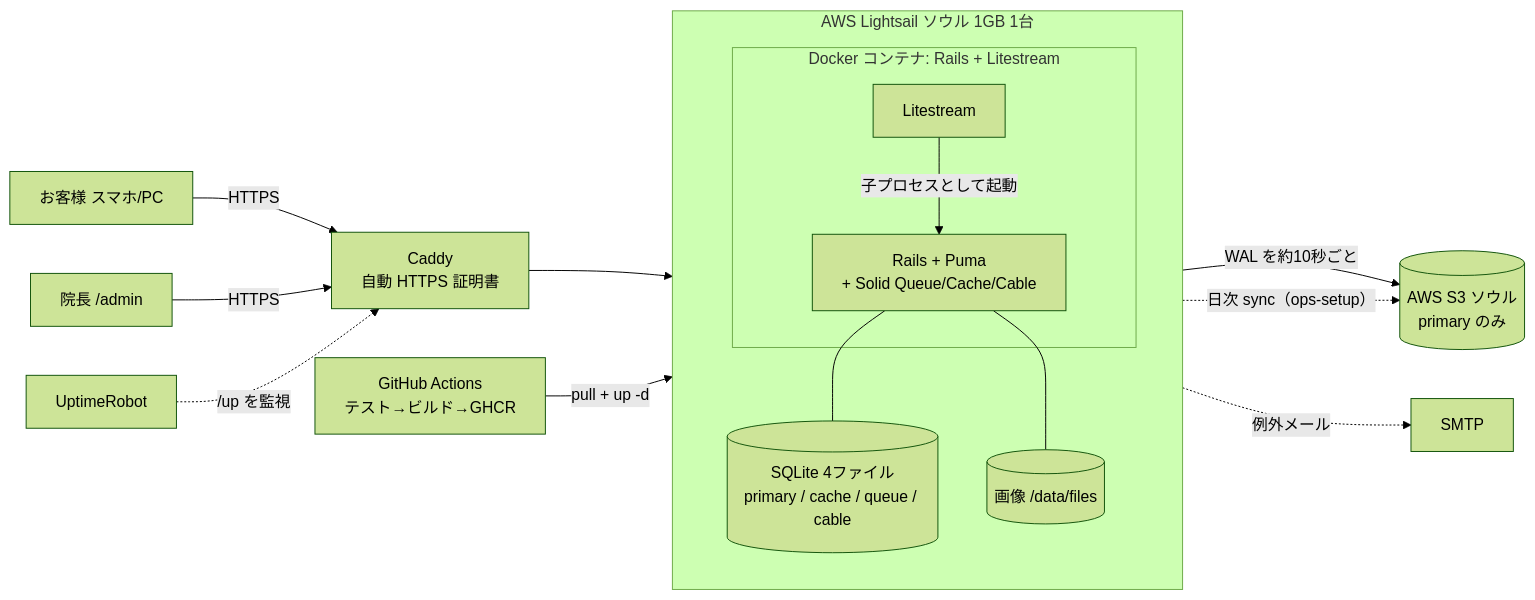
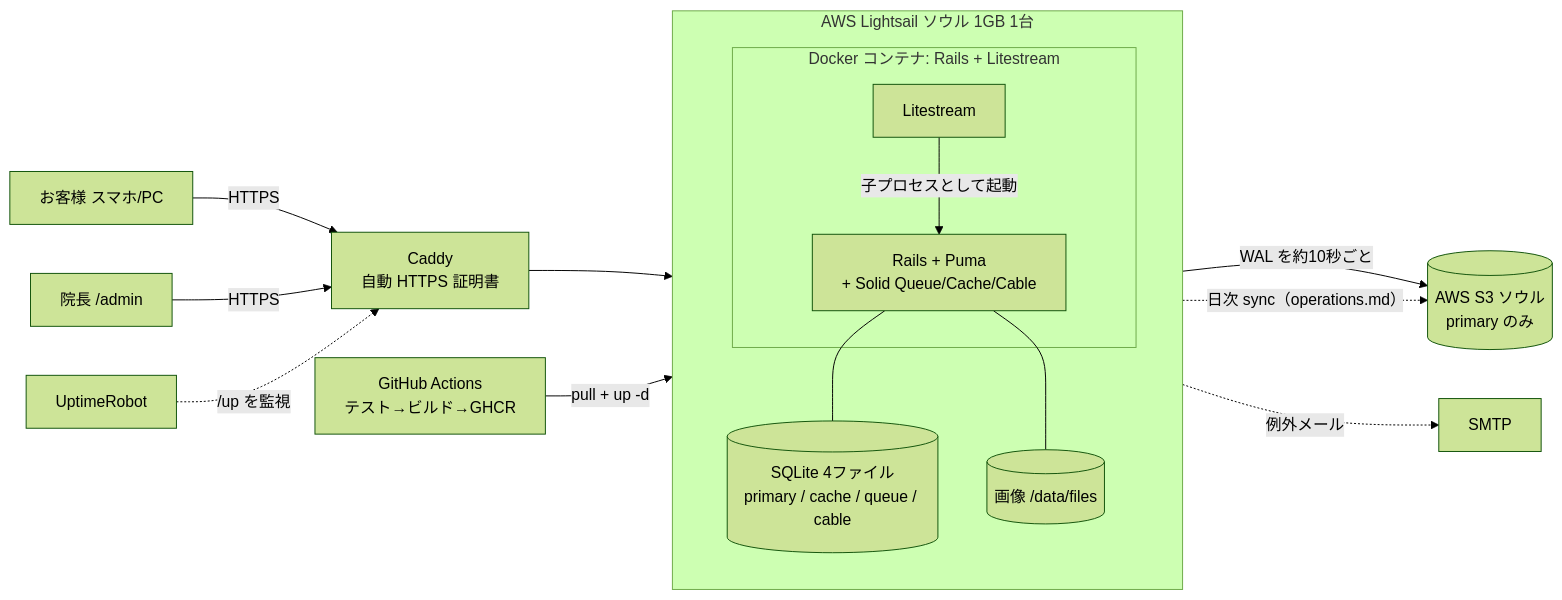
One commit to YIDONGYONG/eunpa-beauty-salon changed the first of 5 diagrams in README.ja.md. Above: the diagram before and after it, drawn with Mermaid (forest theme). The commit also changed other lines of this file and 23 other files, not shown here.

````diff
--- a/README.ja.md
+++ b/README.ja.md
@@ -84,19 +84,19 @@
 ```mermaid
 flowchart LR
   U[お客様 スマホ/PC] -->|HTTPS| CD[Caddy<br/>自動 HTTPS 証明書]
   A[院長 /admin] -->|HTTPS| CD
   CD --> V
   subgraph V[AWS Lightsail ソウル 1GB 1台]
     direction TB
     subgraph W[Docker コンテナ: Rails + Litestream]
       LS[Litestream] -->|子プロセスとして起動| P[Rails + Puma<br/>+ Solid Queue/Cache/Cable]
     end
     P --- DB[(SQLite 4ファイル<br/>primary / cache / queue / cable)]
     P --- IMG[(画像 /data/files)]
   end
   LS -->|WAL を約10秒ごと| S3[(AWS S3 ソウル<br/>primary のみ)]
-  IMG -.->|日次 sync（ops-setup）| S3
+  IMG -.->|日次 sync（operations.md）| S3
   GH[GitHub Actions<br/>テスト→ビルド→GHCR] -->|pull + up -d| V
   UP[UptimeRobot] -.->|/up を監視| CD
   P -.->|例外メール| M[SMTP]
 ```
````
